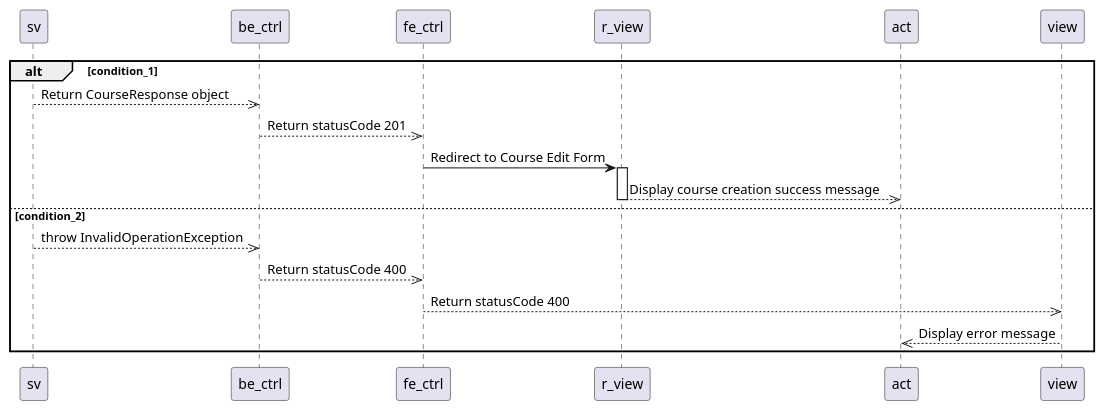
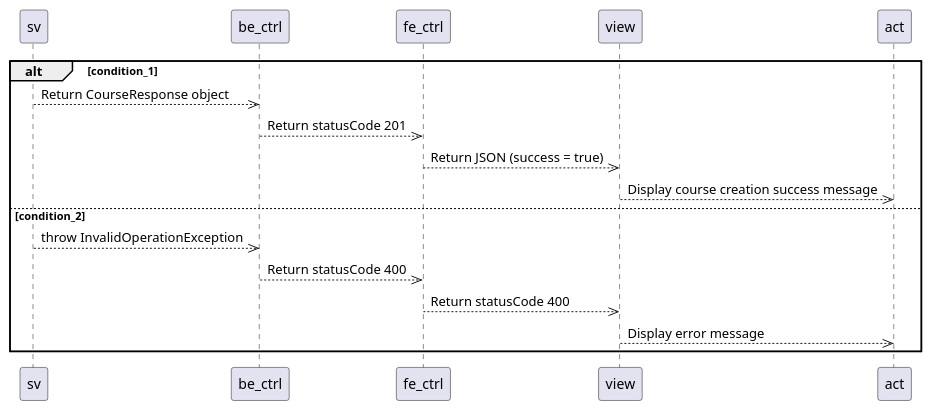
Before and after one commit to 1000do/Linked: the fourth of 4 diagrams in .agents/skills/plantuml_sequence_diagram/SKILL.md, drawn with PlantUML. The commit also changed other lines of this file and 24 other files, not shown here.

````diff
--- a/.agents/skills/plantuml_sequence_diagram/SKILL.md
+++ b/.agents/skills/plantuml_sequence_diagram/SKILL.md
@@ -114,13 +128,13 @@
   ```plantuml
   alt condition_1
       sv -->> be_ctrl: Return CourseResponse object
       be_ctrl -->> fe_ctrl: Return statusCode 201
-      fe_ctrl -> r_view++: Redirect to Course Edit Form
-      r_view -->> act--: Display course creation success message
+      fe_ctrl -->> view: Return JSON (success = true)
+      view -->> act: Display course creation success message
   else condition_2
       sv-->>be_ctrl--: throw InvalidOperationException
       be_ctrl -->> fe_ctrl--: Return statusCode 400
       fe_ctrl -->> view--: Return statusCode 400
       view -->> act --: Display error message
   end
   ```
````
